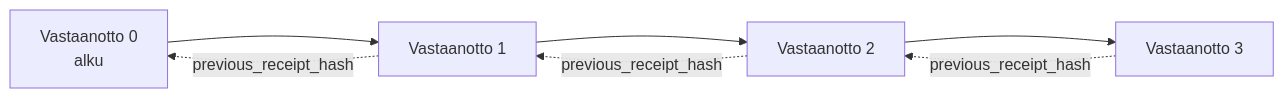
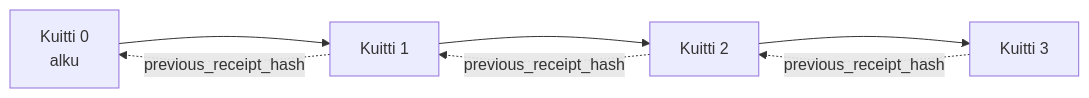
One commit to microsoft/ai-agents-for-beginners changed the second of 2 diagrams in translations/fi/18-securing-ai-agents/README.md. Above: the diagram before and after it, drawn with Mermaid. The commit also changed other lines of this file and 224 other files, not shown here.

````diff
--- a/translations/fi/18-securing-ai-agents/README.md
+++ b/translations/fi/18-securing-ai-agents/README.md
@@ -206,9 +206,9 @@
 ```mermaid
 flowchart LR
-    R0[Vastaanotto 0<br/>alku] --> R1[Vastaanotto 1]
-    R1 --> R2[Vastaanotto 2]
-    R2 --> R3[Vastaanotto 3]
+    R0[Kuitti 0<br/>alku] --> R1[Kuitti 1]
+    R1 --> R2[Kuitti 2]
+    R2 --> R3[Kuitti 3]
     R1 -. previous_receipt_hash .-> R0
     R2 -. previous_receipt_hash .-> R1
     R3 -. previous_receipt_hash .-> R2
 ```
````
